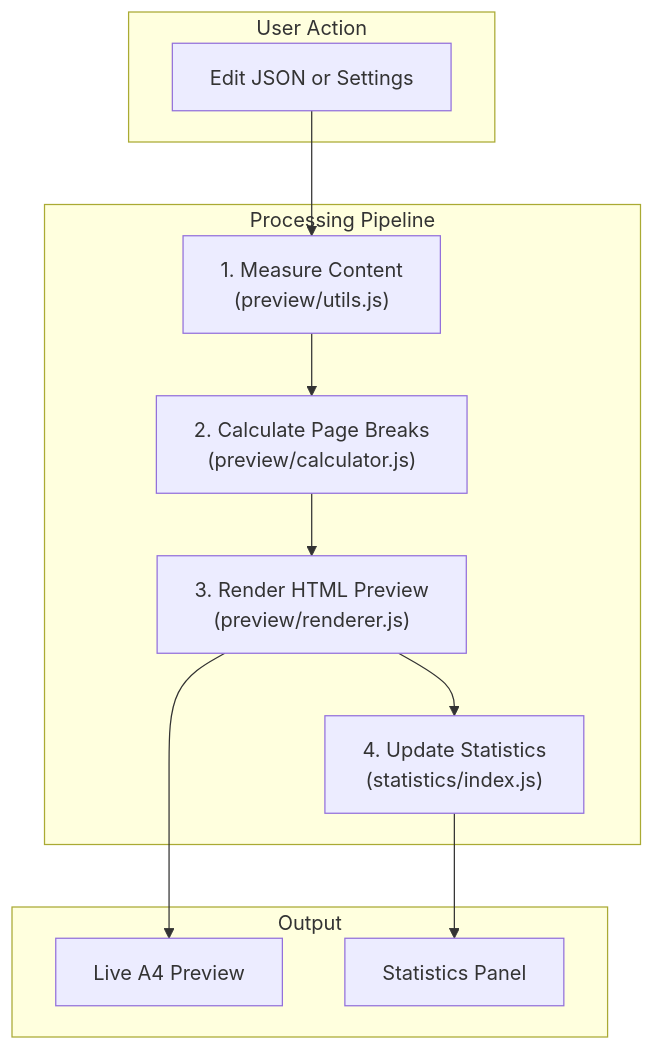
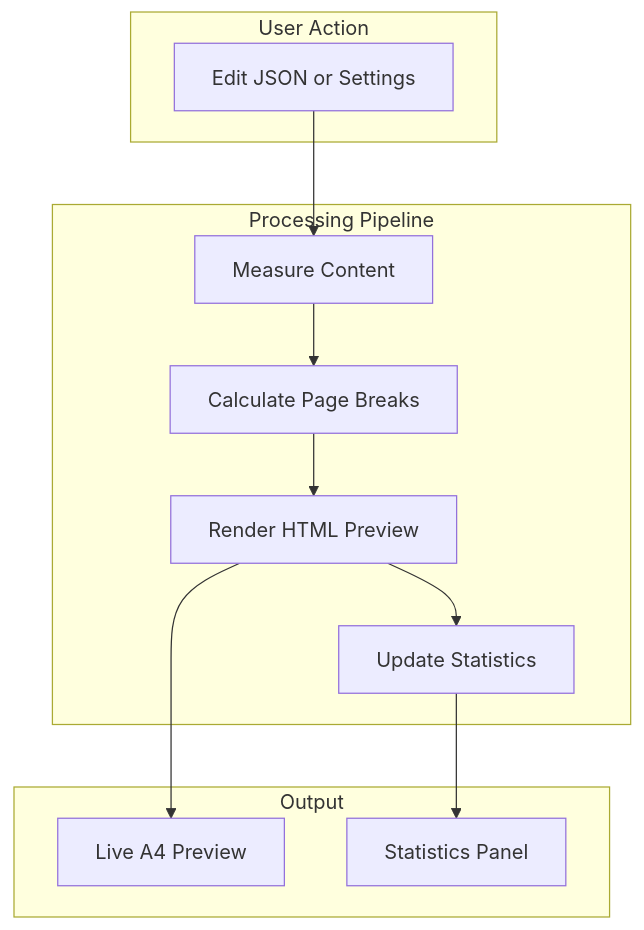
The tenth of 10 diagrams in docs/technical-summary.md (pointcarre-app/papyrus), drawn with Mermaid before and after one commit.

Commit message:
updated broken markdown

````diff
--- a/docs/technical-summary.md
+++ b/docs/technical-summary.md
@@ -471,25 +471,26 @@
 ```mermaid
+
 graph TD
     subgraph "User Action"
         A["Edit JSON or Settings"]
     end
 
     subgraph "Processing Pipeline"
-        B["1. Measure Content </br> (preview/utils.js)"]
-        C["2. Calculate Page Breaks </br> (preview/calculator.js)"]
-        D["3. Render HTML Preview </br> (preview/renderer.js)"]
-        E["4. Update Statistics </br> (statistics/index.js)"]
+        B["Measure Content"]
+        C["Calculate Page Breaks"]
+        D["Render HTML Preview"]
+        E["Update Statistics"]
     end
 
     subgraph "Output"
         F["Live A4 Preview"]
         G["Statistics Panel"]
     end
 
     A --> B
     B --> C
     C --> D
     D --> F
     D --> E
     E --> G
 ``` 
````
